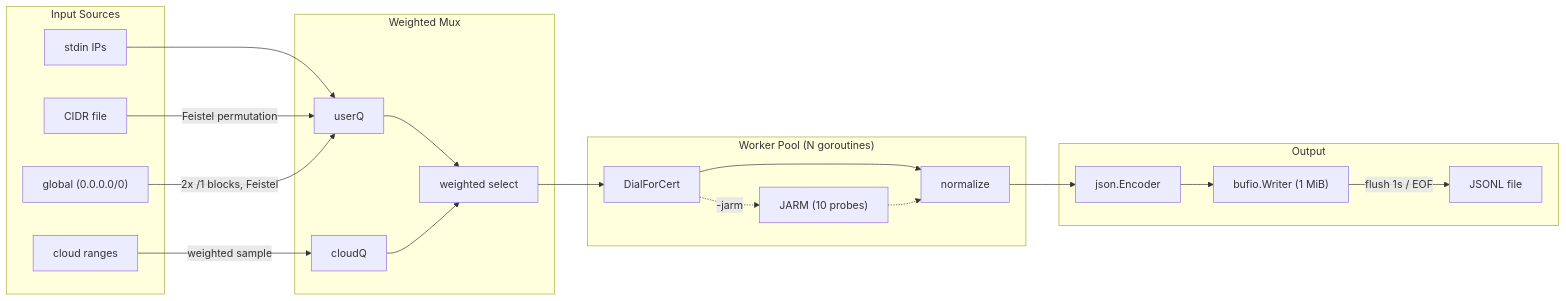
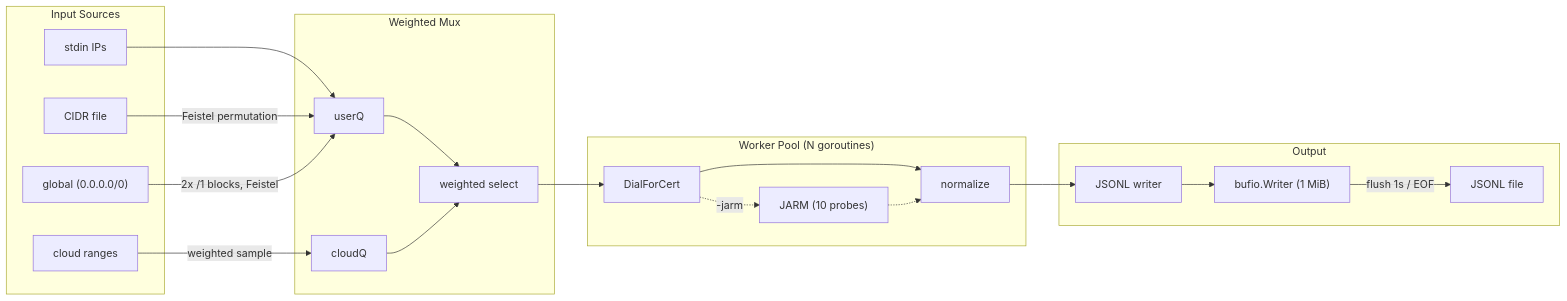
Before and after one commit to x-stp/rxds: the seventh of 9 diagrams in README.md, drawn with Mermaid. The commit also changed other lines of this file, not shown here.

````diff
--- a/README.md
+++ b/README.md
@@ -263,43 +263,43 @@
 ```mermaid
 flowchart LR
     subgraph sources [Input Sources]
         stdin[stdin IPs]
         cidrs[CIDR file]
         globalScan["global (0.0.0.0/0)"]
         cloud[cloud ranges]
     end
 
     subgraph mux [Weighted Mux]
         userQ[userQ]
         cloudQ[cloudQ]
         wmux["weighted select"]
     end
 
     subgraph pool ["Worker Pool (N goroutines)"]
         dial["DialForCert"]
         norm[normalize]
         jarmProbe["JARM (10 probes)"]
     end
 
     subgraph out [Output]
-        enc["json.Encoder"]
+        enc["JSONL writer"]
         bufw["bufio.Writer (1 MiB)"]
         jsonl[JSONL file]
     end
 
     stdin --> userQ
     cidrs -->|"Feistel permutation"| userQ
     globalScan -->|"2x /1 blocks, Feistel"| userQ
     cloud -->|"weighted sample"| cloudQ
 
     userQ --> wmux
     cloudQ --> wmux
     wmux --> dial
 
     dial --> norm
     dial -.->|"-jarm"| jarmProbe
     jarmProbe -.-> norm
     norm --> enc
     enc --> bufw
     bufw -->|"flush 1s / EOF"| jsonl
 ```
````
